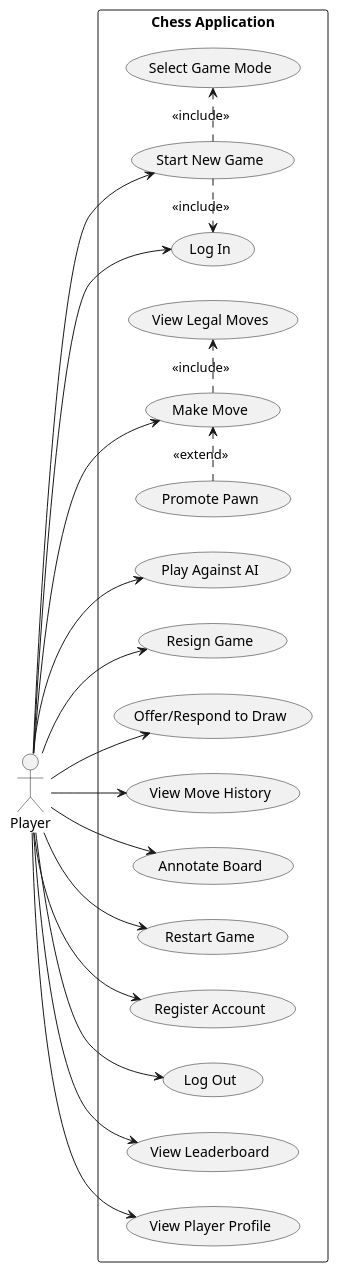
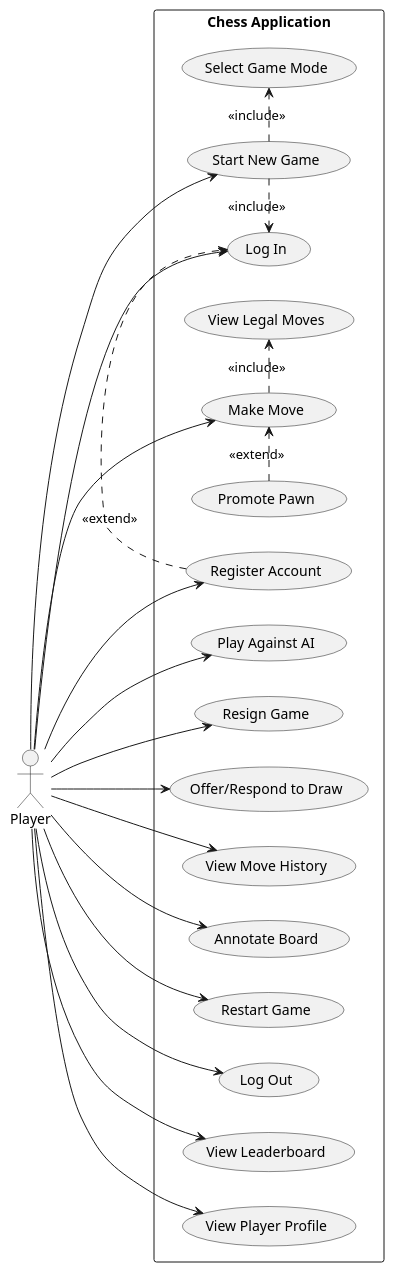
The diagram in docs/use-case-diagram.puml (nortal3141592/OOP-chess-engine), drawn with PlantUML before and after one commit.

```diff
--- a/docs/use-case-diagram.puml
+++ b/docs/use-case-diagram.puml
@@ -1,42 +1,43 @@
 @startuml
 left to right direction
 actor "Player" as P
 
 rectangle "Chess Application" {
   usecase "Start New Game" as UC1
   usecase "Select Game Mode" as UC2
   usecase "Make Move" as UC3
   usecase "View Legal Moves" as UC4
   usecase "Promote Pawn" as UC5
   usecase "Play Against AI" as UC6
   usecase "Resign Game" as UC7
   usecase "Offer/Respond to Draw" as UC8
   usecase "View Move History" as UC9
   usecase "Annotate Board" as UC10
   usecase "Restart Game" as UC11
   usecase "Register Account" as UC12
   usecase "Log In" as UC13
   usecase "Log Out" as UC14
   usecase "View Leaderboard" as UC15
   usecase "View Player Profile" as UC16
 }
 
 P --> UC1
 P --> UC3
 P --> UC6
 P --> UC7
 P --> UC8
 P --> UC9
 P --> UC10
 P --> UC11
 P --> UC12
 P --> UC13
 P --> UC14
 P --> UC15
 P --> UC16
 
 UC1 .> UC2 : <<include>>
 UC1 .> UC13 : <<include>>
 UC3 .> UC4 : <<include>>
 UC5 .> UC3 : <<extend>>
+UC12 .> UC13 : <<extend>>
 @enduml
```
